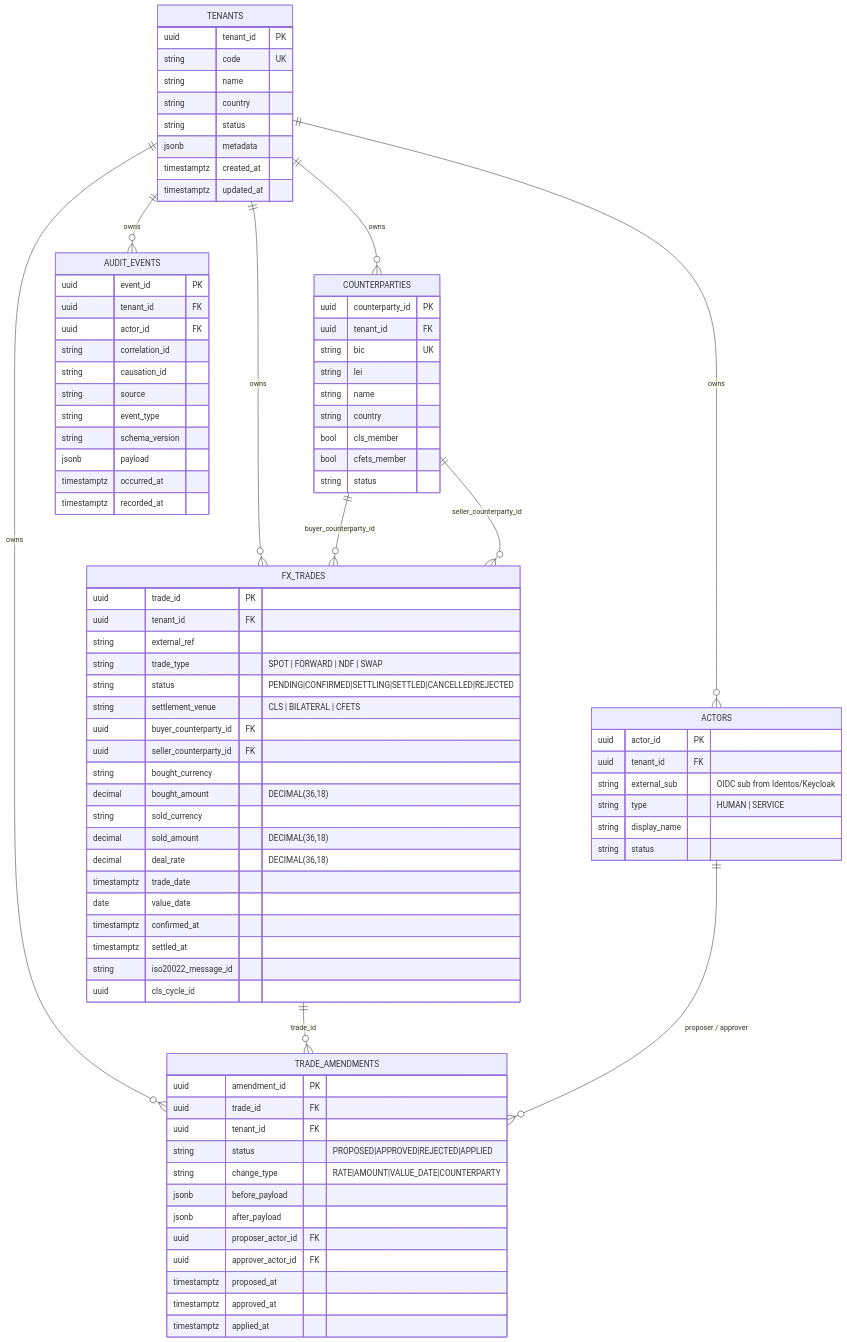
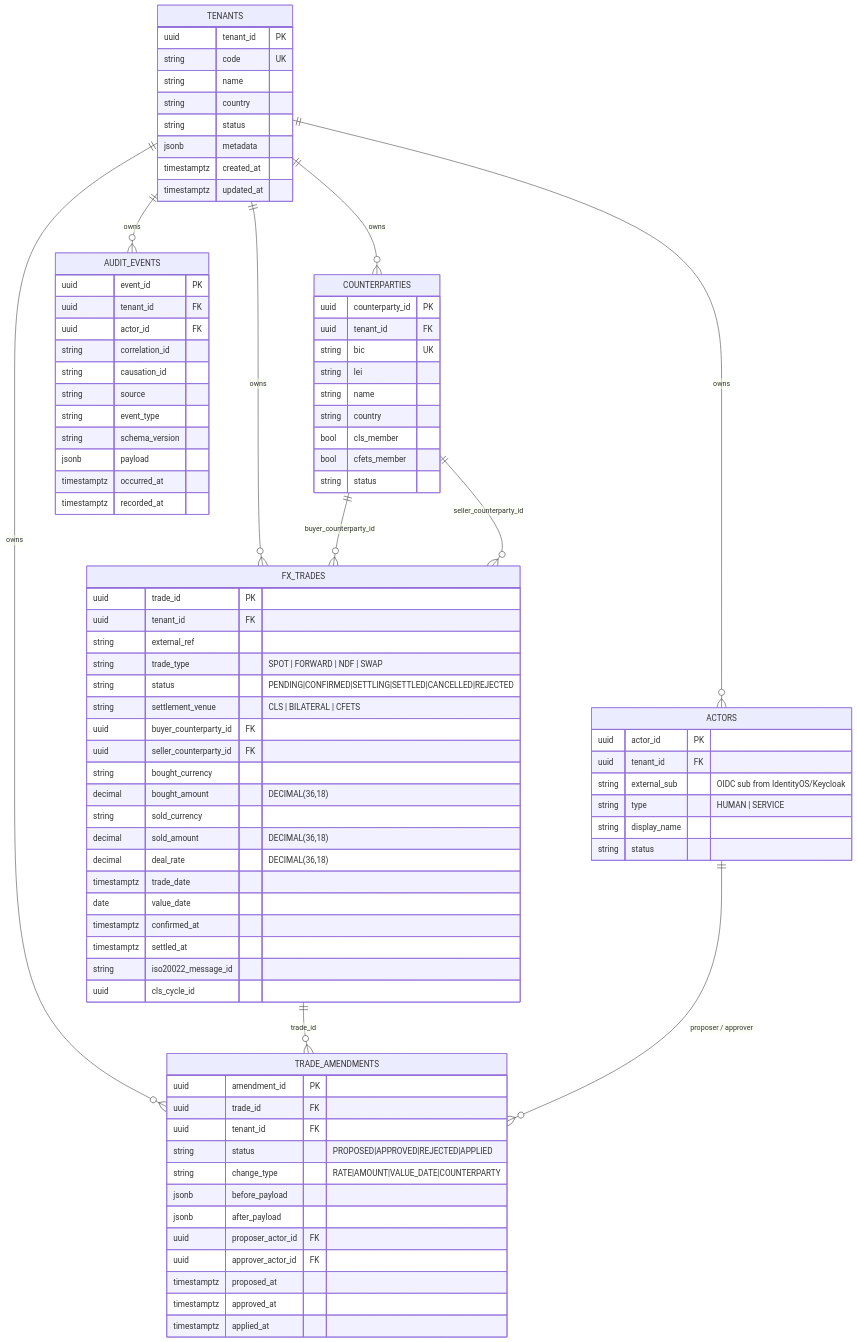
Before and after one commit to gustavoarmoa/exchangueos: the diagram in .base/erds/domain/erd-trade-domain.md, drawn with Mermaid. The commit also changed 27 other files, not shown here.

```diff
--- a/.base/erds/domain/erd-trade-domain.md
+++ b/.base/erds/domain/erd-trade-domain.md
@@ -82,7 +82,7 @@
     ACTORS {
         uuid    actor_id PK
         uuid    tenant_id FK
-        string  external_sub         "OIDC sub from Identos/Keycloak"
+        string  external_sub         "OIDC sub from IdentityOS/Keycloak"
         string  type                 "HUMAN | SERVICE"
         string  display_name
         string  status
```
